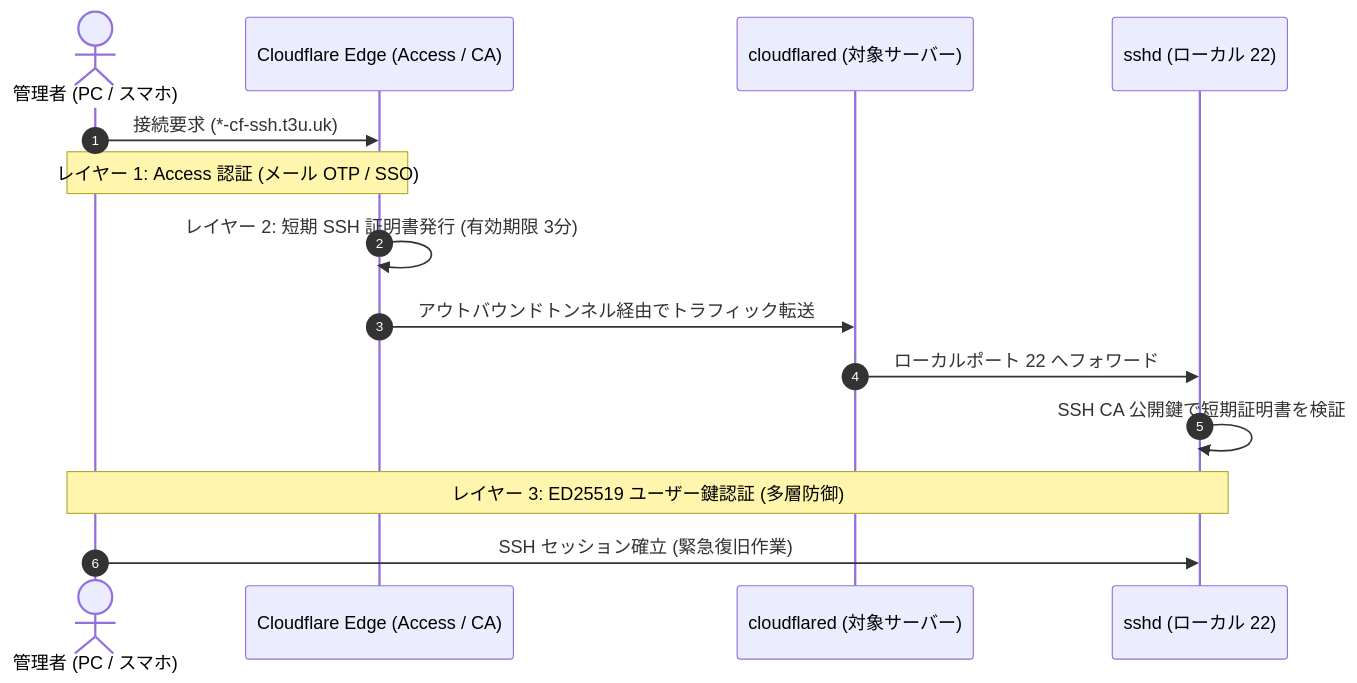
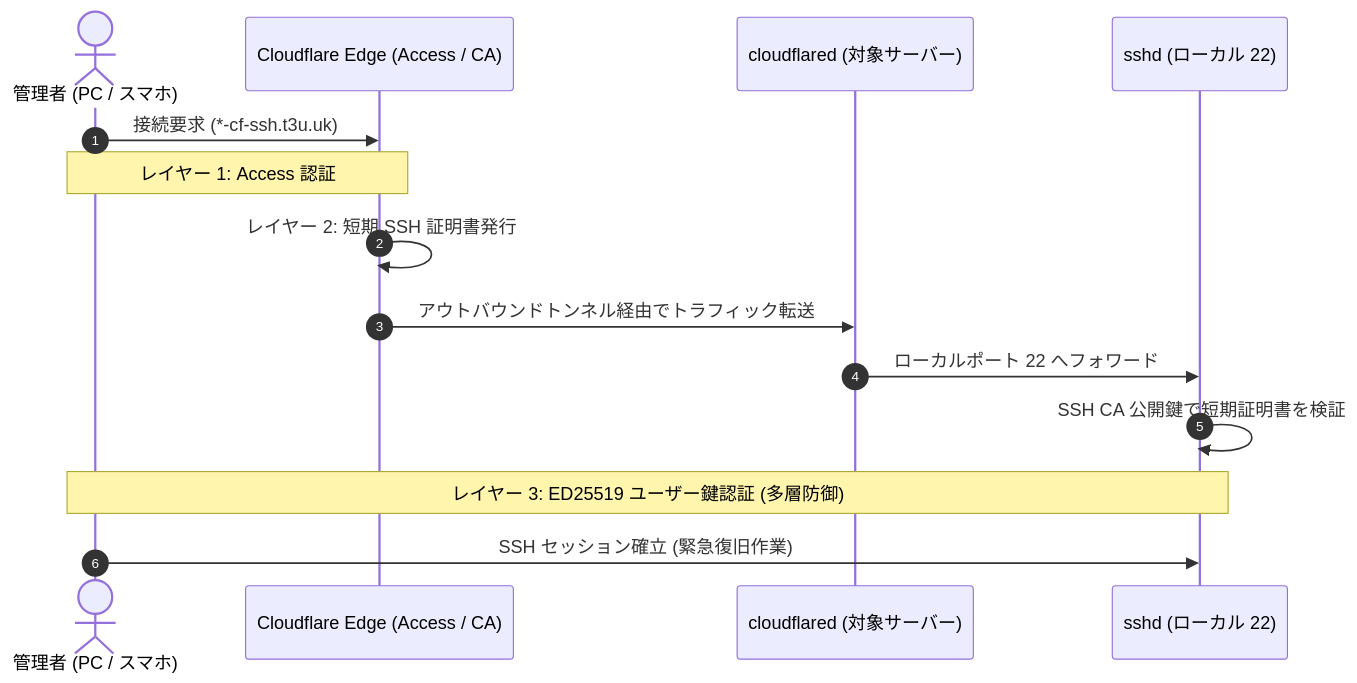
Before and after one commit to t3u-tsu/nix-config: the diagram in docs/operations/emergency-cf-ssh.md, drawn with Mermaid. The commit also changed other lines of this file and 6 other files, not shown here.

````diff
--- a/docs/operations/emergency-cf-ssh.md
+++ b/docs/operations/emergency-cf-ssh.md
@@ -13,17 +13,17 @@
 ```mermaid
 sequenceDiagram
     autonumber
     actor Admin as 管理者 (PC / スマホ)
     participant CF_Edge as Cloudflare Edge (Access / CA)
     participant CF_Tunnel as cloudflared (対象サーバー)
     participant SSHD as sshd (ローカル 22)
 
     Admin->>CF_Edge: 接続要求 (*-cf-ssh.t3u.uk)
-    Note over Admin,CF_Edge: レイヤー 1: Access 認証 (メール OTP / SSO)
-    CF_Edge->>CF_Edge: レイヤー 2: 短期 SSH 証明書発行 (有効期限 3分)
+    Note over Admin,CF_Edge: レイヤー 1: Access 認証
+    CF_Edge->>CF_Edge: レイヤー 2: 短期 SSH 証明書発行
     CF_Edge->>CF_Tunnel: アウトバウンドトンネル経由でトラフィック転送
     CF_Tunnel->>SSHD: ローカルポート 22 へフォワード
     SSHD->>SSHD: SSH CA 公開鍵で短期証明書を検証
     Note over Admin,SSHD: レイヤー 3: ED25519 ユーザー鍵認証 (多層防御)
     Admin->>SSHD: SSH セッション確立 (緊急復旧作業)
 ```
````
